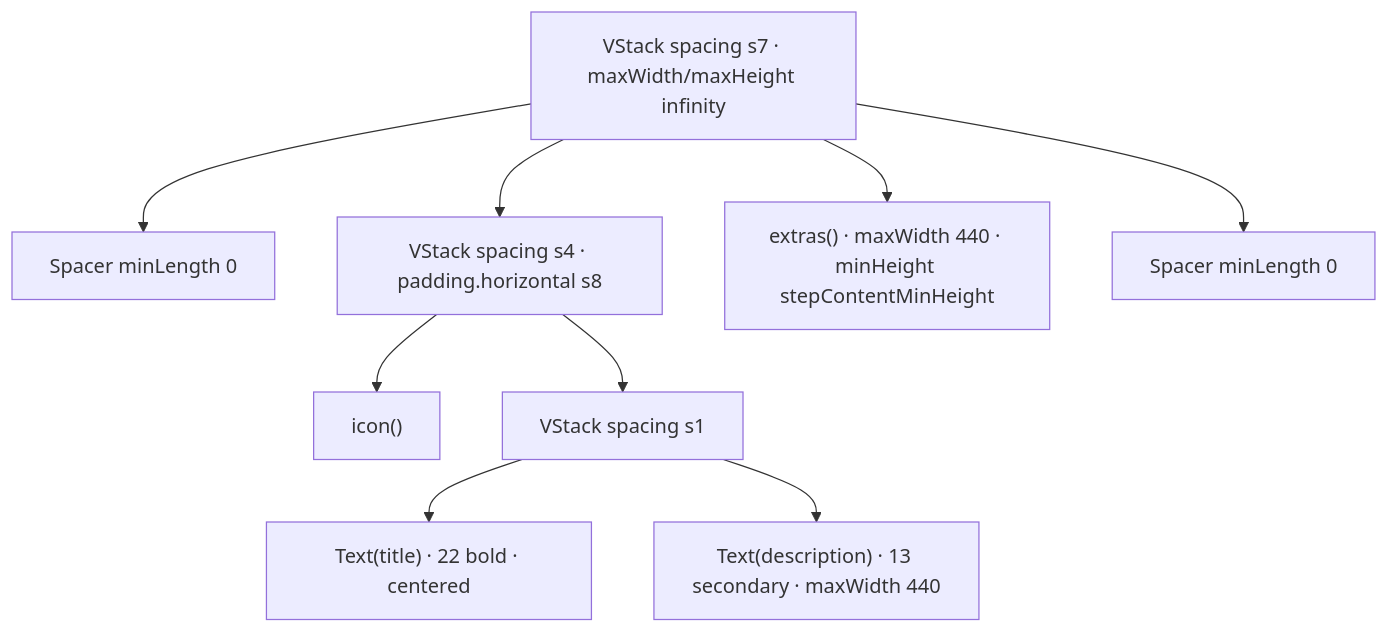
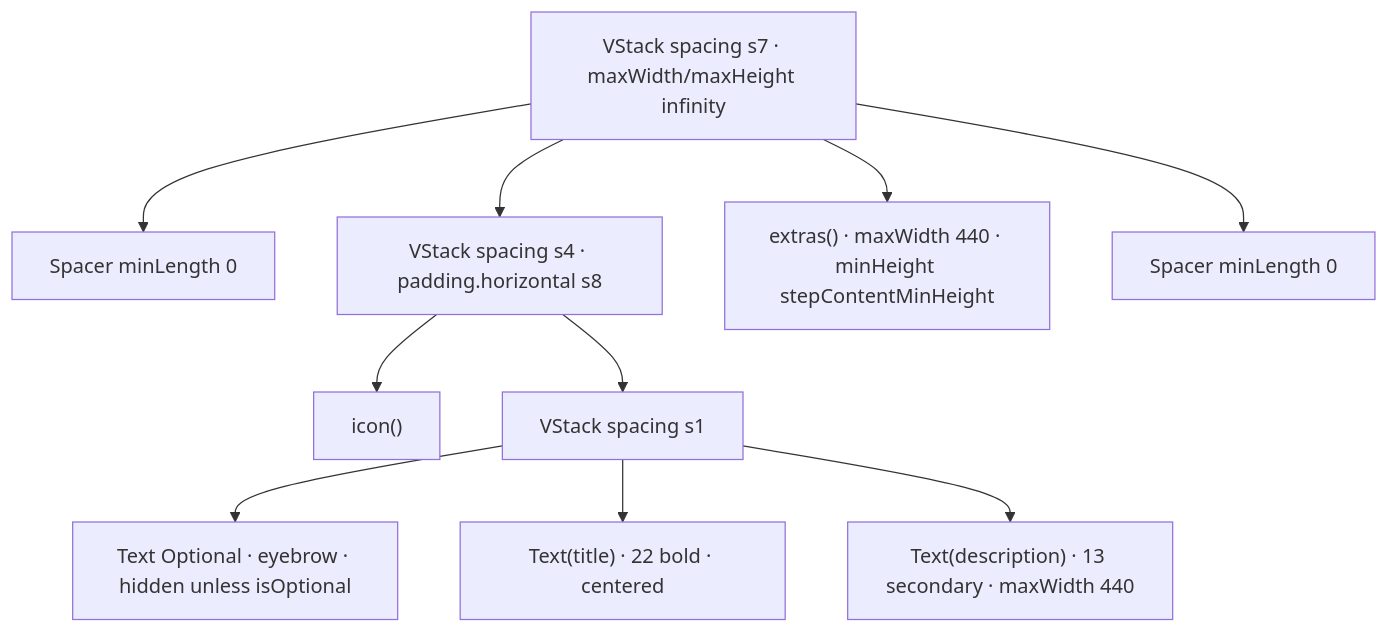
Before and after one commit to MrDemonWolf/wolfwave: the diagram in design-system/components/onboarding-step-scaffold.md, drawn with Mermaid. The commit also changed other lines of this file and 185 other files, not shown here.

````diff
--- a/design-system/components/onboarding-step-scaffold.md
+++ b/design-system/components/onboarding-step-scaffold.md
@@ -53,12 +56,13 @@
 ```mermaid
 graph TD
   R[VStack spacing s7 · maxWidth/maxHeight infinity]
   R --> S1[Spacer minLength 0]
   R --> H[VStack spacing s4 · padding.horizontal s8]
   R --> E["extras() · maxWidth 440 · minHeight stepContentMinHeight"]
   R --> S2[Spacer minLength 0]
   H --> I["icon()"]
   H --> T[VStack spacing s1]
+  T --> TO["Text Optional · eyebrow · hidden unless isOptional"]
   T --> TT["Text(title) · 22 bold · centered"]
   T --> TD["Text(description) · 13 secondary · maxWidth 440"]
 ```
````
